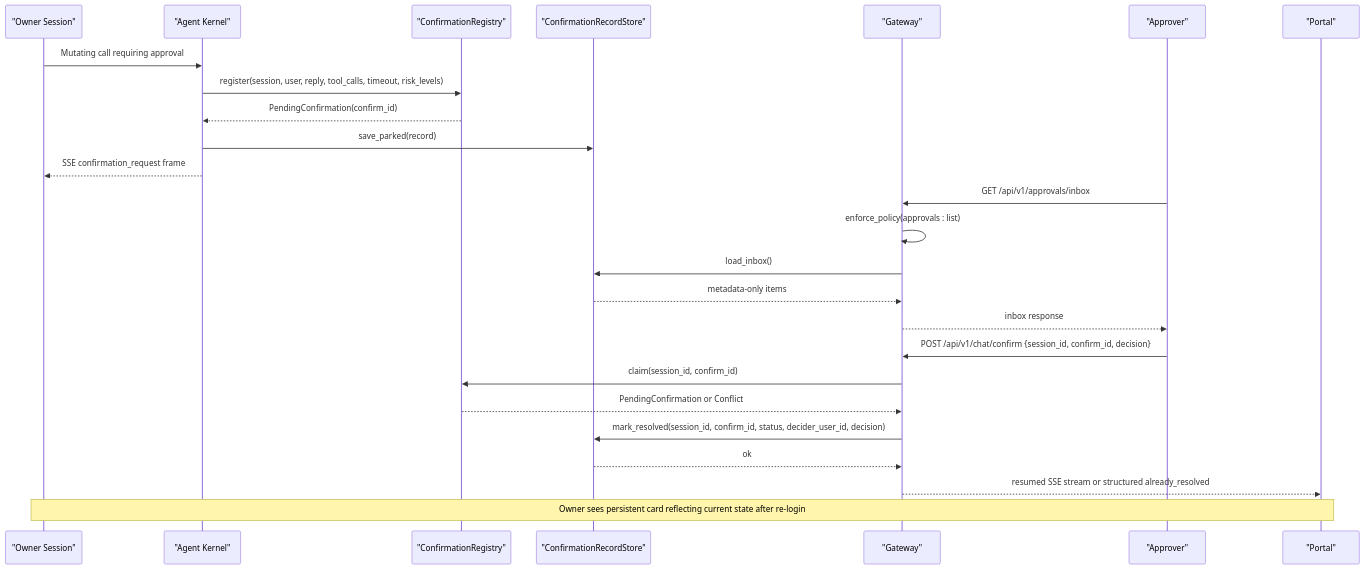
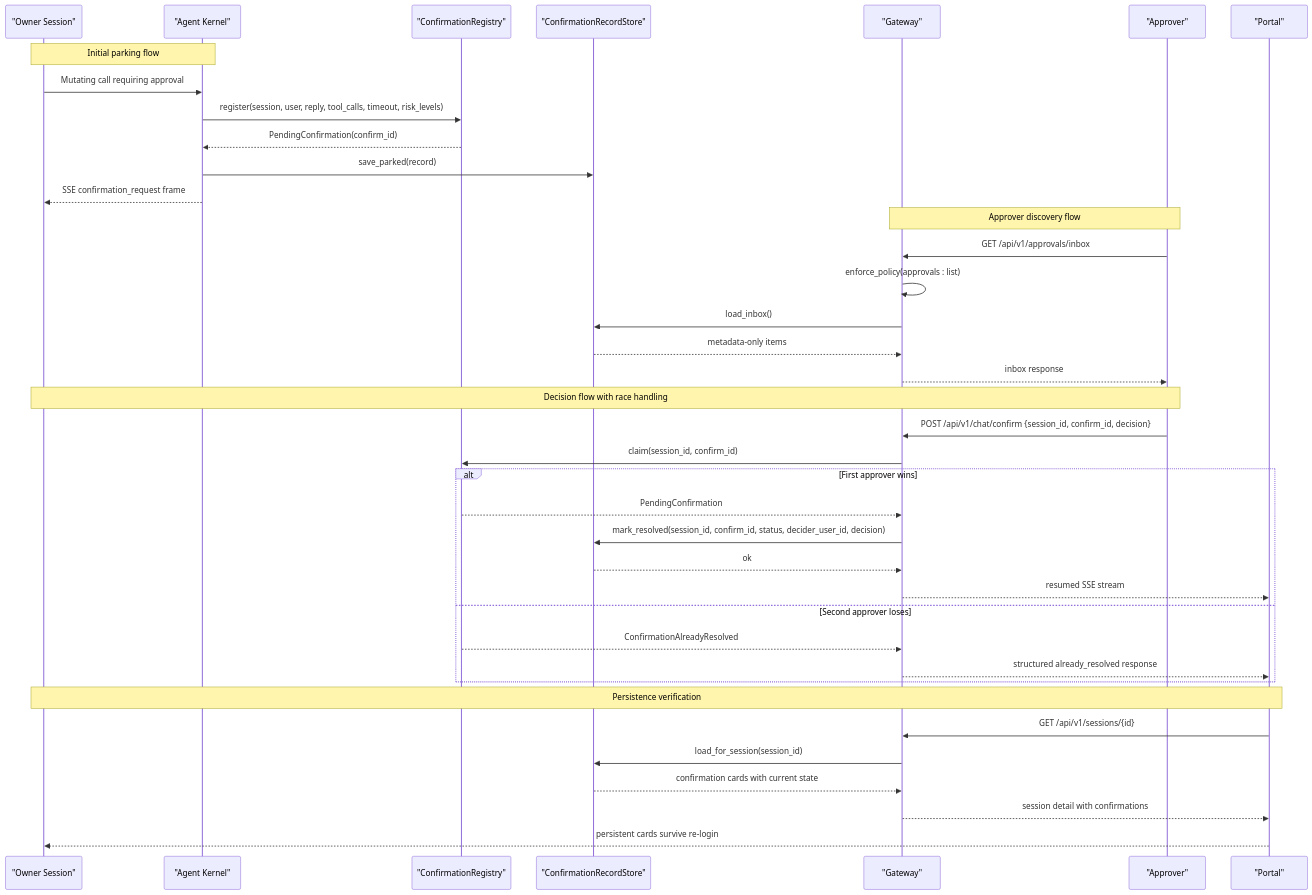
One commit to metasync/luban-aiops changed the second of 7 diagrams in .qoder/repowiki/en/content/Architecture Documentation/SPEC-031_ Approval Inbox and Persistent Confirmation Cards.md. Above: the diagram before and after it, drawn with Mermaid. The commit also changed other lines of this file and 36 other files, not shown here.

Commit message:
docs: refresh repowiki knowledge cards after SPEC-031 delivery

````diff
--- a/.qoder/repowiki/en/content/Architecture Documentation/SPEC-031_ Approval Inbox and Persistent Confirmation Cards.md
+++ b/.qoder/repowiki/en/content/Architecture Documentation/SPEC-031_ Approval Inbox and Persistent Confirmation Cards.md
@@ -78,27 +102,40 @@
 ```mermaid
 sequenceDiagram
 participant Owner as "Owner Session"
 participant Kernel as "Agent Kernel"
 participant Registry as "ConfirmationRegistry"
 participant Store as "ConfirmationRecordStore"
 participant Gateway as "Gateway"
 participant Approver as "Approver"
 participant Portal as "Portal"
+Note over Owner,Kernel : Initial parking flow
 Owner->>Kernel : Mutating call requiring approval
 Kernel->>Registry : register(session, user, reply, tool_calls, timeout, risk_levels)
 Registry-->>Kernel : PendingConfirmation(confirm_id)
 Kernel->>Store : save_parked(record)
 Kernel-->>Owner : SSE confirmation_request frame
+Note over Approver,Gateway : Approver discovery flow
 Approver->>Gateway : GET /api/v1/approvals/inbox
 Gateway->>Gateway : enforce_policy(approvals : list)
 Gateway->>Store : load_inbox()
 Store-->>Gateway : metadata-only items
 Gateway-->>Approver : inbox response
+Note over Approver,Owner : Decision flow with race handling
 Approver->>Gateway : POST /api/v1/chat/confirm {session_id, confirm_id, decision}
 Gateway->>Registry : claim(session_id, confirm_id)
-Registry-->>Gateway : PendingConfirmation or Conflict
+alt First approver wins
+Registry-->>Gateway : PendingConfirmation
 Gateway->>Store : mark_resolved(session_id, confirm_id, status, decider_user_id, decision)
 Store-->>Gateway : ok
-Gateway-->>Portal : resumed SSE stream or structured already_resolved
-Note over Owner,Portal : Owner sees persistent card reflecting current state after re-login
+Gateway-->>Portal : resumed SSE stream
+else Second approver loses
+Registry-->>Gateway : ConfirmationAlreadyResolved
+Gateway-->>Portal : structured already_resolved response
+end
+Note over Owner,Portal : Persistence verification
+Portal->>Gateway : GET /api/v1/sessions/{id}
+Gateway->>Store : load_for_session(session_id)
+Store-->>Gateway : confirmation cards with current state
+Gateway-->>Portal : session detail with confirmations
+Portal-->>Owner : persistent cards survive re-login
 ```
````
